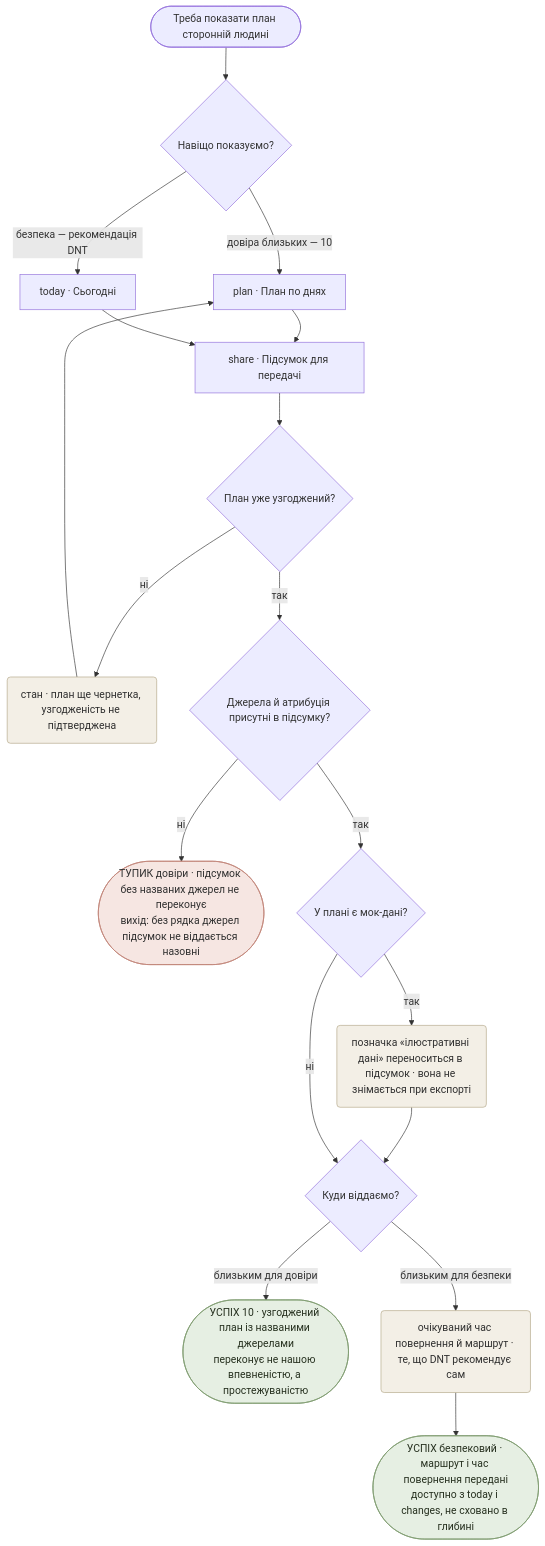
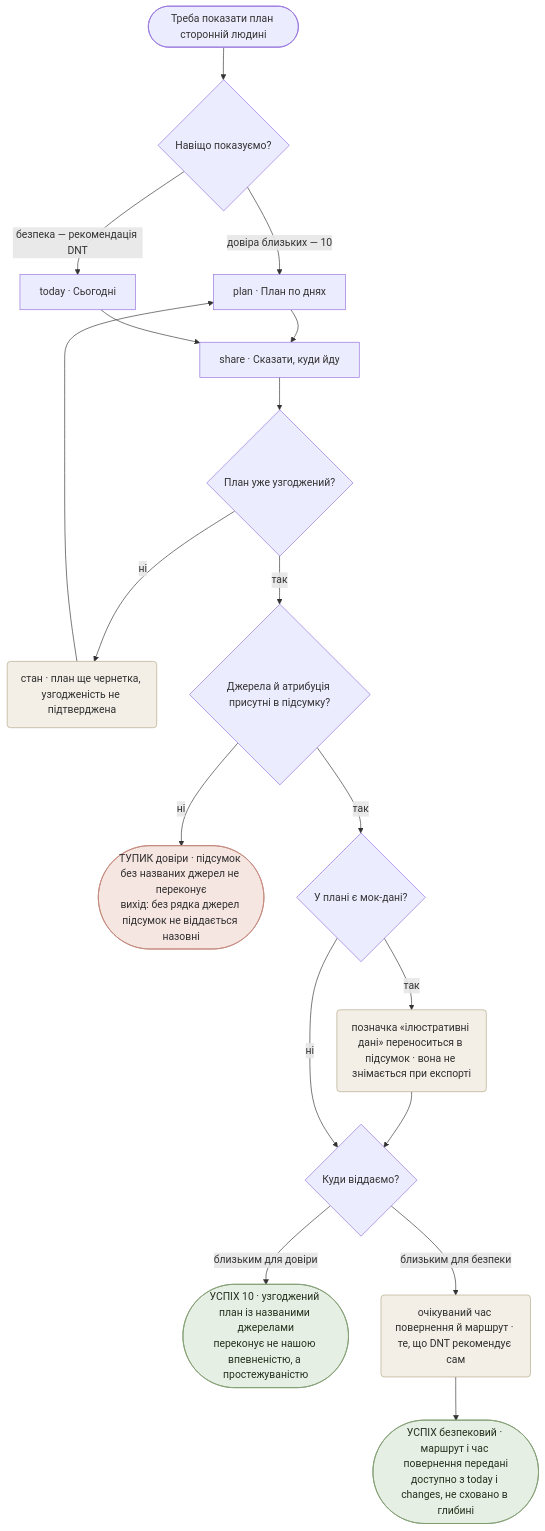
One commit to allaostrovaya/nestwood changed the sixth of 6 diagrams in docs/wireframes/flows.md. Above: the diagram before and after it, drawn with Mermaid. The commit also changed other lines of this file and 70 other files, not shown here.

````diff
--- a/docs/wireframes/flows.md
+++ b/docs/wireframes/flows.md
@@ -480,30 +480,30 @@
 ```mermaid
 flowchart TD
     IN(["Треба показати план сторонній людині"]) --> QWHY{"Навіщо показуємо?"}
     QWHY -->|"довіра близьких — 10"| plan["plan · План по днях"]
     QWHY -->|"безпека — рекомендація DNT"| today["today · Сьогодні"]
 
-    plan --> share["share · Підсумок для передачі"]
+    plan --> share["share · Сказати, куди йду"]
     today --> share
     share --> QREADY{"План уже узгоджений?"}
     QREADY -->|ні| WARN("стан · план ще чернетка, узгодженість не підтверджена")
     WARN --> plan
     QREADY -->|так| QSRC{"Джерела й атрибуція присутні в підсумку?"}
 
     QSRC -->|ні| DEADS(["ТУПИК довіри · підсумок без названих джерел не переконує<br/>вихід: без рядка джерел підсумок не віддається назовні"])
     QSRC -->|так| QMOCK{"У плані є мок-дані?"}
     QMOCK -->|так| MOCK("позначка «ілюстративні дані» переноситься в підсумок · вона не знімається при експорті")
     MOCK --> QCHANNEL
     QMOCK -->|ні| QCHANNEL{"Куди віддаємо?"}
 
     QCHANNEL -->|"близьким для довіри"| WIN1(["УСПІХ 10 · узгоджений план із названими джерелами<br/>переконує не нашою впевненістю, а простежуваністю"])
     QCHANNEL -->|"близьким для безпеки"| RET("очікуваний час повернення й маршрут · те, що DNT рекомендує сам")
     RET --> WIN2(["УСПІХ безпековий · маршрут і час повернення передані<br/>доступно з today і changes, не сховано в глибині"])
 
     classDef state fill:#f3efe6,stroke:#b3a888,color:#2f2f2f;
     classDef dead fill:#f6e6e2,stroke:#c08376,color:#2f2f2f;
     classDef win fill:#e6efe3,stroke:#7c9a6d,color:#26301f;
     class WARN,MOCK,RET state;
     class DEADS dead;
     class WIN1,WIN2 win;
 ```
````
